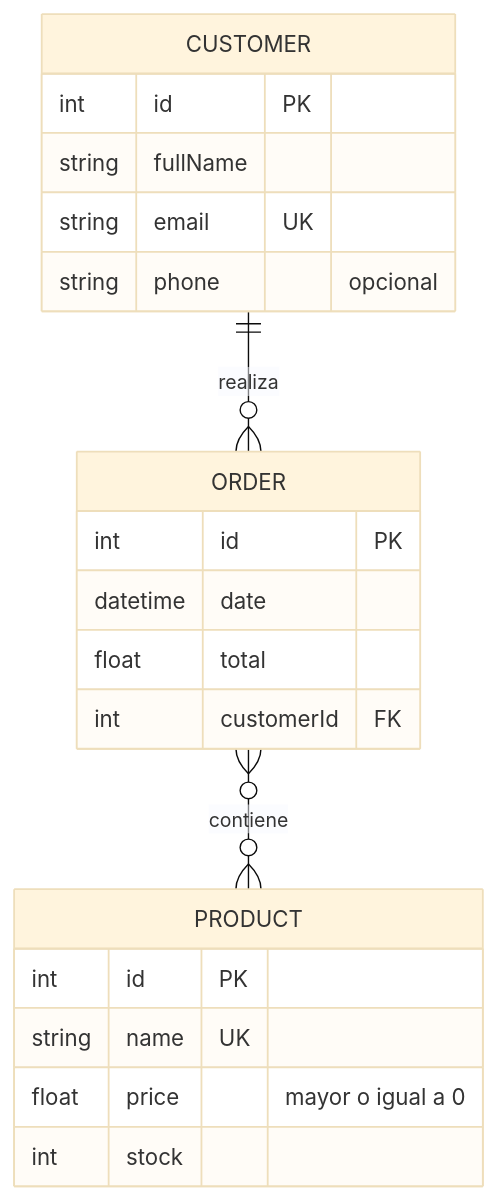
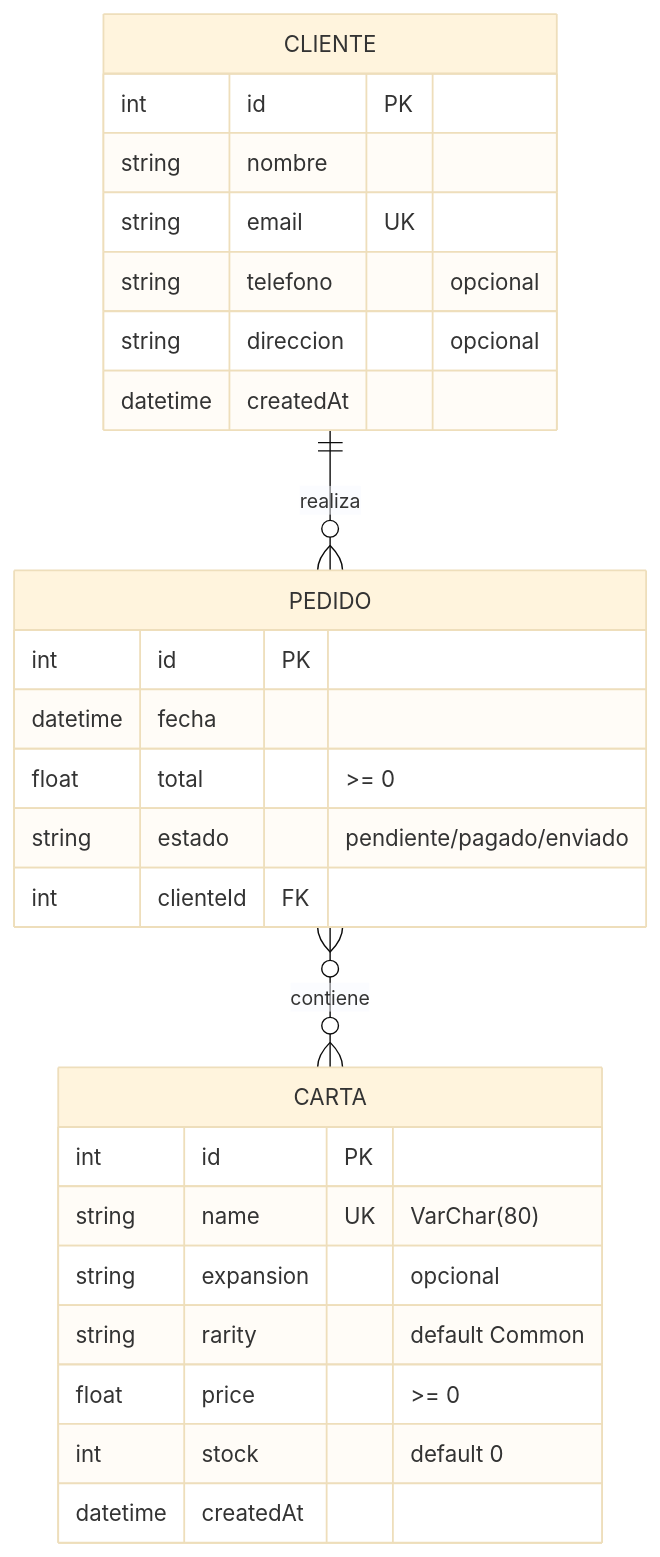
One commit to BrokeSaturn/G04_Lab1_TiendaCartasPokemon changed the diagram in MODELO_ER.md. Above: the diagram before and after it, drawn with Mermaid (base theme). The commit also changed other lines of this file and 1 other file, not shown here.

Commit message:
modelo ER y colección de Postman del Lab 2 adaptada a cartas

````diff
--- a/MODELO_ER.md
+++ b/MODELO_ER.md
@@ -9,23 +9,29 @@
 ```mermaid
 erDiagram
-    CUSTOMER ||--o{ ORDER : realiza
-    ORDER }o--o{ PRODUCT : contiene
-    CUSTOMER {
+    CLIENTE ||--o{ PEDIDO : realiza
+    PEDIDO }o--o{ CARTA : contiene
+    CARTA {
         int id PK
-        string fullName
+        string name UK "VarChar(80)"
+        string expansion "opcional"
+        string rarity "default Common"
+        float price ">= 0"
+        int stock "default 0"
+        datetime createdAt
+    }
+    CLIENTE {
+        int id PK
+        string nombre
         string email UK
-        string phone "opcional"
+        string telefono "opcional"
+        string direccion "opcional"
+        datetime createdAt
     }
-    ORDER {
+    PEDIDO {
         int id PK
-        datetime date
-        float total
-        int customerId FK
-    }
-    PRODUCT {
-        int id PK
-        string name UK
-        float price "mayor o igual a 0"
-        int stock
+        datetime fecha
+        float total ">= 0"
+        string estado "pendiente/pagado/enviado"
+        int clienteId FK
     }
 ```
````
